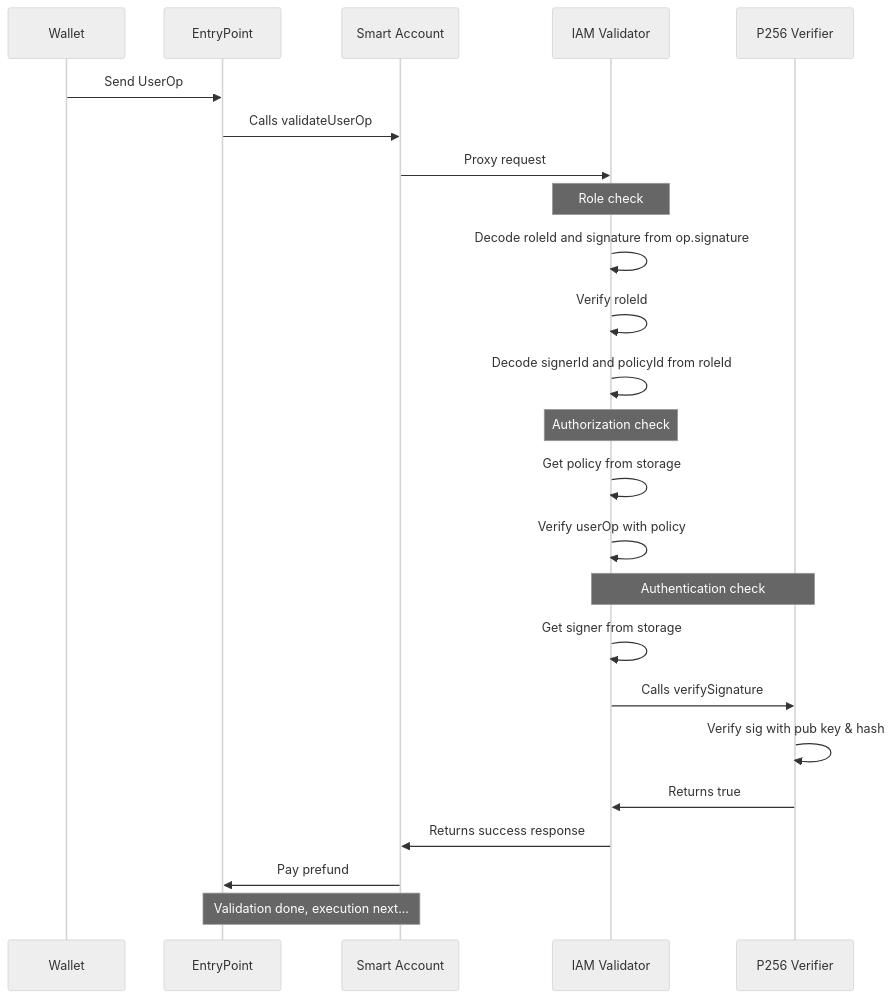
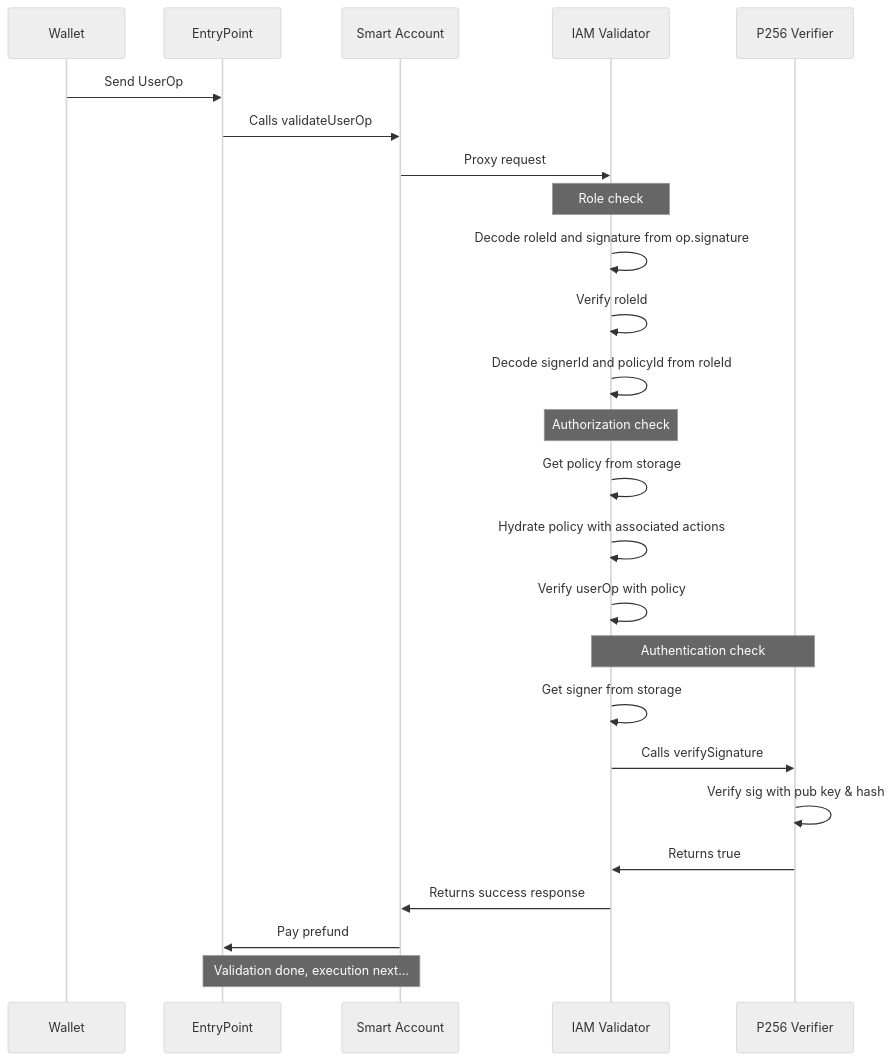
The diagram in README.md (stackup-wallet/accessctl), drawn with Mermaid (neutral theme) before and after one commit. The commit also changed other lines of this file and 9 other files, not shown here.

````diff
--- a/README.md
+++ b/README.md
@@ -23,21 +23,22 @@
 ```mermaid
 sequenceDiagram
     Wallet->>EntryPoint:Send UserOp
     EntryPoint->>Smart Account: Calls validateUserOp
     Smart Account->>IAM Validator: Proxy request
     Note over IAM Validator: Role check
     IAM Validator->>IAM Validator: Decode roleId and signature from op.signature
     IAM Validator->>IAM Validator: Verify roleId
     IAM Validator->>IAM Validator: Decode signerId and policyId from roleId
     Note over IAM Validator: Authorization check
     IAM Validator->>IAM Validator: Get policy from storage
+    IAM Validator->>IAM Validator: Hydrate policy with associated actions
     IAM Validator->>IAM Validator: Verify userOp with policy
     Note over IAM Validator,P256 Verifier: Authentication check
     IAM Validator->>IAM Validator: Get signer from storage
     IAM Validator->>P256 Verifier: Calls verifySignature
     P256 Verifier->>P256 Verifier: Verify sig with pub key & hash
     P256 Verifier->>IAM Validator: Returns true
     IAM Validator->>Smart Account: Returns success response
     Smart Account->>EntryPoint: Pay prefund
     Note over EntryPoint,Smart Account: Validation done, execution next...
 ```
````
